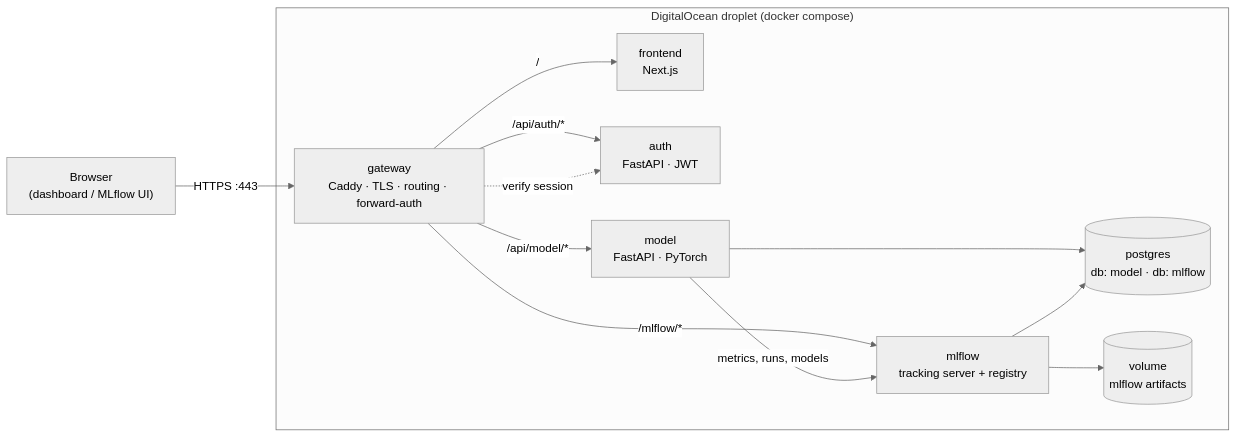
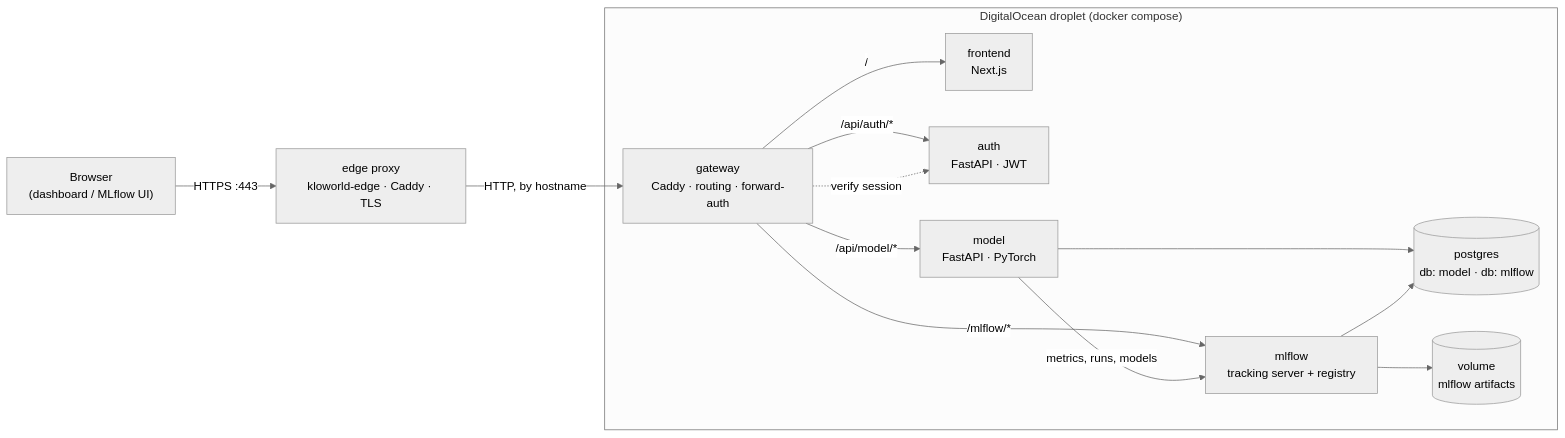
Before and after one commit to ko222uky/data-drift-simulator: the first of 3 diagrams in docs/architecture.md, drawn with Mermaid (neutral theme). The commit also changed other lines of this file and 12 other files, not shown here.

First line of the commit message:
feat(deploy): serve the app behind the shared kloworld-edge HTTPS proxy

````diff
--- a/docs/architecture.md
+++ b/docs/architecture.md
@@ -5,25 +5,28 @@
 ```mermaid
 flowchart LR
     Browser["Browser<br/>(dashboard / MLflow UI)"]
 
+    EDGE["edge proxy<br/>kloworld-edge · Caddy · TLS"]
+
     subgraph Droplet["DigitalOcean droplet (docker compose)"]
-        GW["gateway<br/>Caddy · TLS · routing · forward-auth"]
+        GW["gateway<br/>Caddy · routing · forward-auth"]
         FE["frontend<br/>Next.js"]
         AUTH["auth<br/>FastAPI · JWT"]
         MODEL["model<br/>FastAPI · PyTorch"]
         MLF["mlflow<br/>tracking server + registry"]
         PG[("postgres<br/>db: model · db: mlflow")]
         ART[("volume<br/>mlflow artifacts")]
     end
 
-    Browser -- "HTTPS :443" --> GW
+    Browser -- "HTTPS :443" --> EDGE
+    EDGE -- "HTTP, by hostname" --> GW
     GW -- "/" --> FE
     GW -- "/api/auth/*" --> AUTH
     GW -. "verify session" .-> AUTH
     GW -- "/api/model/*" --> MODEL
     GW -- "/mlflow/*" --> MLF
     MODEL -- "metrics, runs, models" --> MLF
     MODEL --> PG
     MLF --> PG
     MLF --> ART
 ```
````
